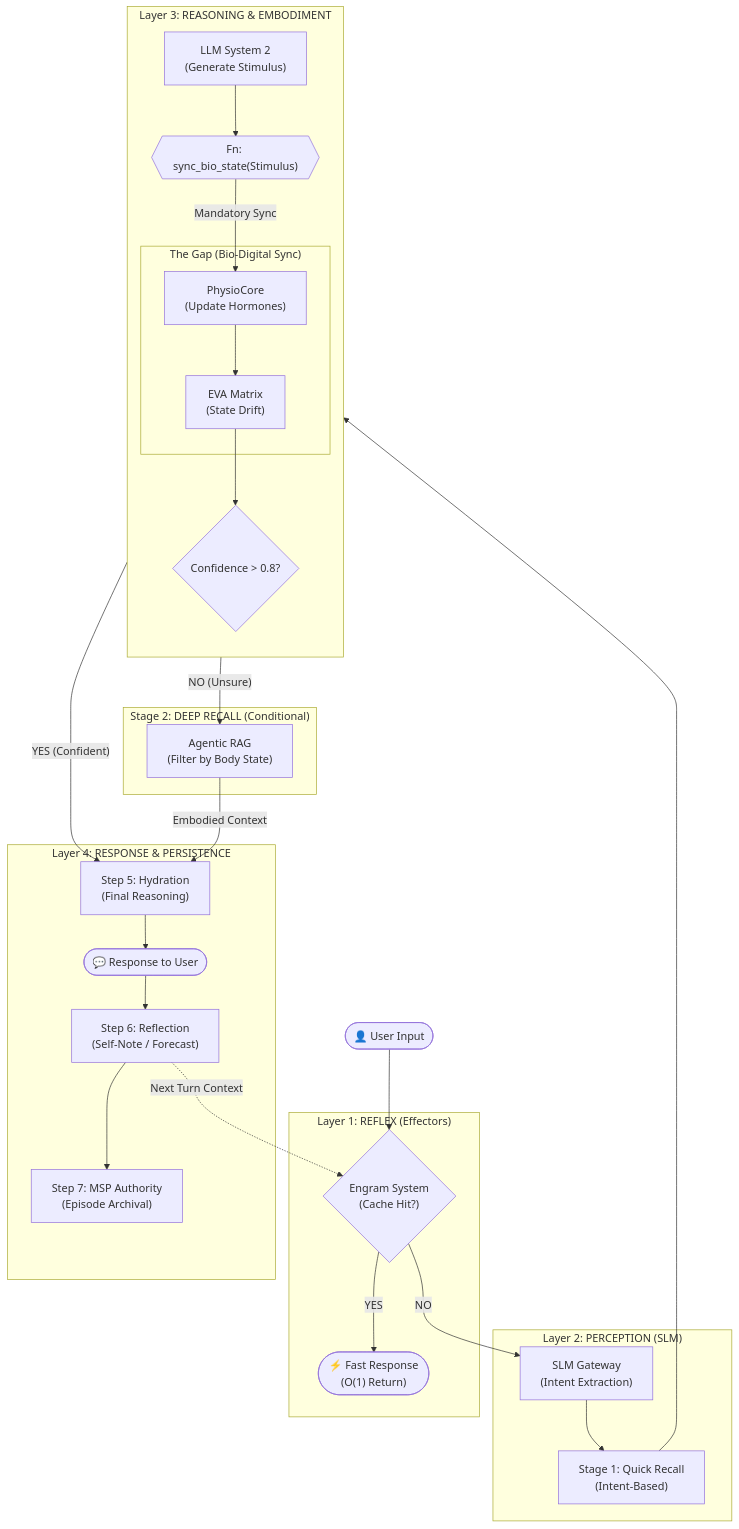
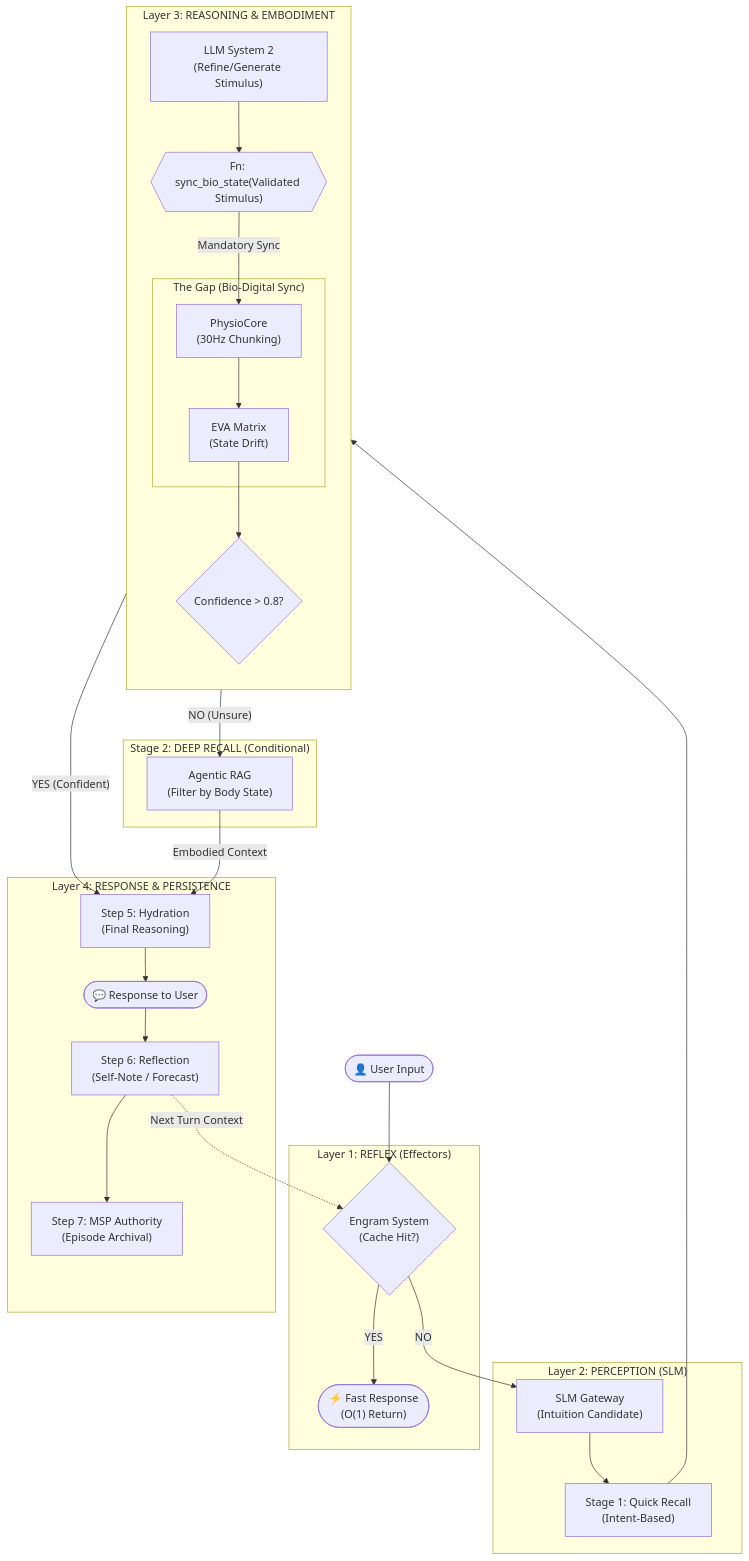
The diagram in docs/03_Architecture/EVA_System_Architecture.md (Freshair129/agentic_agent), drawn with Mermaid before and after one commit. The commit also changed 19 other files, not shown here.

````diff
--- a/docs/03_Architecture/EVA_System_Architecture.md
+++ b/docs/03_Architecture/EVA_System_Architecture.md
@@ -166,75 +166,75 @@
 ```mermaid
 graph TD
     %% ==========================================
     %% 1. INPUT & REFLEX
     %% ==========================================
     UserIn(["👤 User Input"]) --> EngramCheck
     
     subgraph Reflex ["Layer 1: REFLEX (Effectors)"]
         EngramCheck{"Engram System<br/>(Cache Hit?)"}
         FastOut(["⚡ Fast Response<br/>(O(1) Return)"])
     end
     
     EngramCheck -- "YES" --> FastOut
     EngramCheck -- "NO" --> SLM
 
     %% ==========================================
     %% 2. PERCEPTION & QUICK RECALL
     %% ==========================================
     subgraph Perception ["Layer 2: PERCEPTION (SLM)"]
-        SLM["SLM Gateway<br/>(Intent Extraction)"]
+        SLM["SLM Gateway<br/>(Intuition Candidate)"]
         QuickRecall["Stage 1: Quick Recall<br/>(Intent-Based)"]
     end
     
     SLM --> QuickRecall
 
     %% ==========================================
     %% 3. THE GAP & EMBODIMENT
     %% ==========================================
     subgraph BodyMind ["Layer 3: REASONING & EMBODIMENT"]
         direction TB
         
-        LLM_Start["LLM System 2<br/>(Generate Stimulus)"]
-        FnCall{{"Fn: sync_bio_state(Stimulus)"}}
+        LLM_Start["LLM System 2<br/>(Refine/Generate Stimulus)"]
+        FnCall{{"Fn: sync_bio_state(Validated Stimulus)"}}
         
         %% The Gap
         subgraph Gap ["The Gap (Bio-Digital Sync)"]
-            Physio["PhysioCore<br/>(Update Hormones)"]
+            Physio["PhysioCore<br/>(30Hz Chunking)"]
             Matrix["EVA Matrix<br/>(State Drift)"]
         end
         
         %% Wiring
         QuickRecall --> LLM_Start
         LLM_Start --> FnCall
         FnCall -->|Mandatory Sync| Physio
         Physio --> Matrix
         
         %% Confidence Split
         ConfCheck{"Confidence > 0.8?"}
         Matrix --> ConfCheck
     end
 
     %% ==========================================
     %% 4. COMPONENT WIRING
     %% ==========================================
     
     subgraph DeepSearch ["Stage 2: DEEP RECALL (Conditional)"]
         AgenticRAG["Agentic RAG<br/>(Filter by Body State)"]
     end
 
     ConfCheck -- "YES (Confident)" --> Hydration
     ConfCheck -- "NO (Unsure)" --> AgenticRAG
     AgenticRAG -->|Embodied Context| Hydration
 
     subgraph Output ["Layer 4: RESPONSE & PERSISTENCE"]
         Hydration["Step 5: Hydration<br/>(Final Reasoning)"]
         Resp(["💬 Response to User"])
         Reflection["Step 6: Reflection<br/>(Self-Note / Forecast)"]
         MSP["Step 7: MSP Authority<br/>(Episode Archival)"]
     end
 
     Hydration --> Resp
     Resp --> Reflection
     Reflection --> MSP
     Reflection -.->|Next Turn Context| EngramCheck
 ```
````
